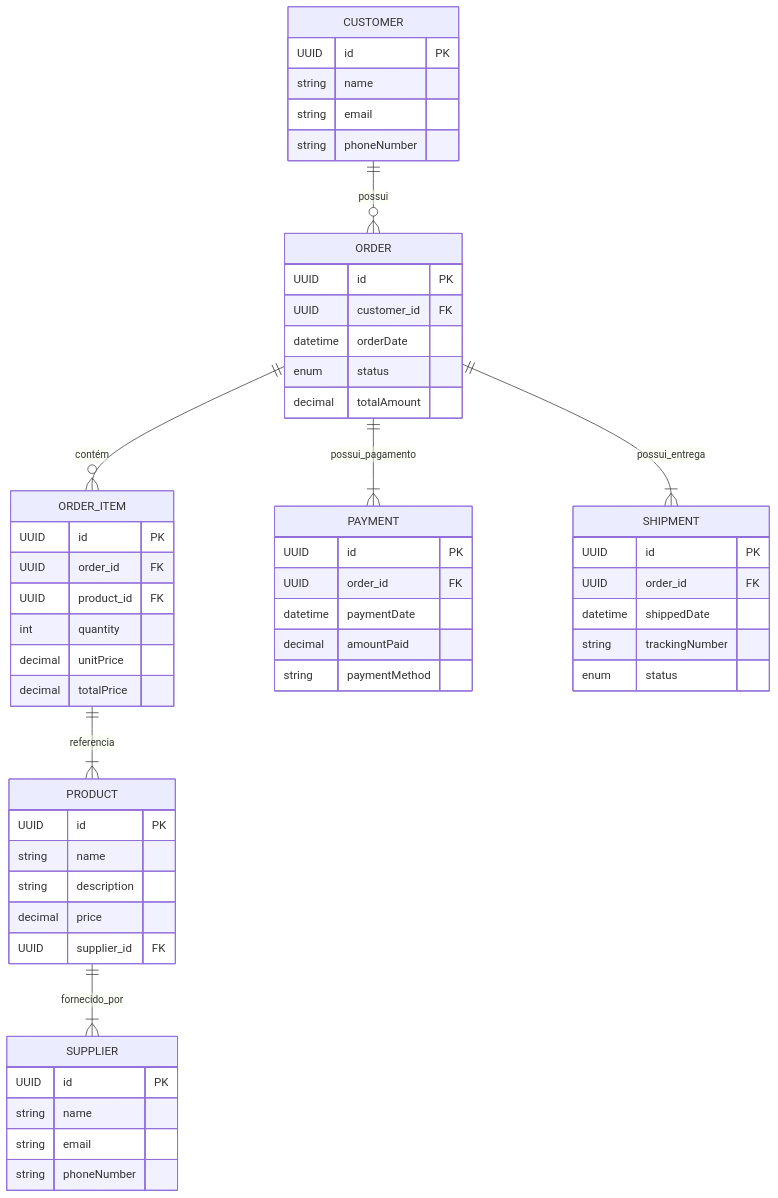
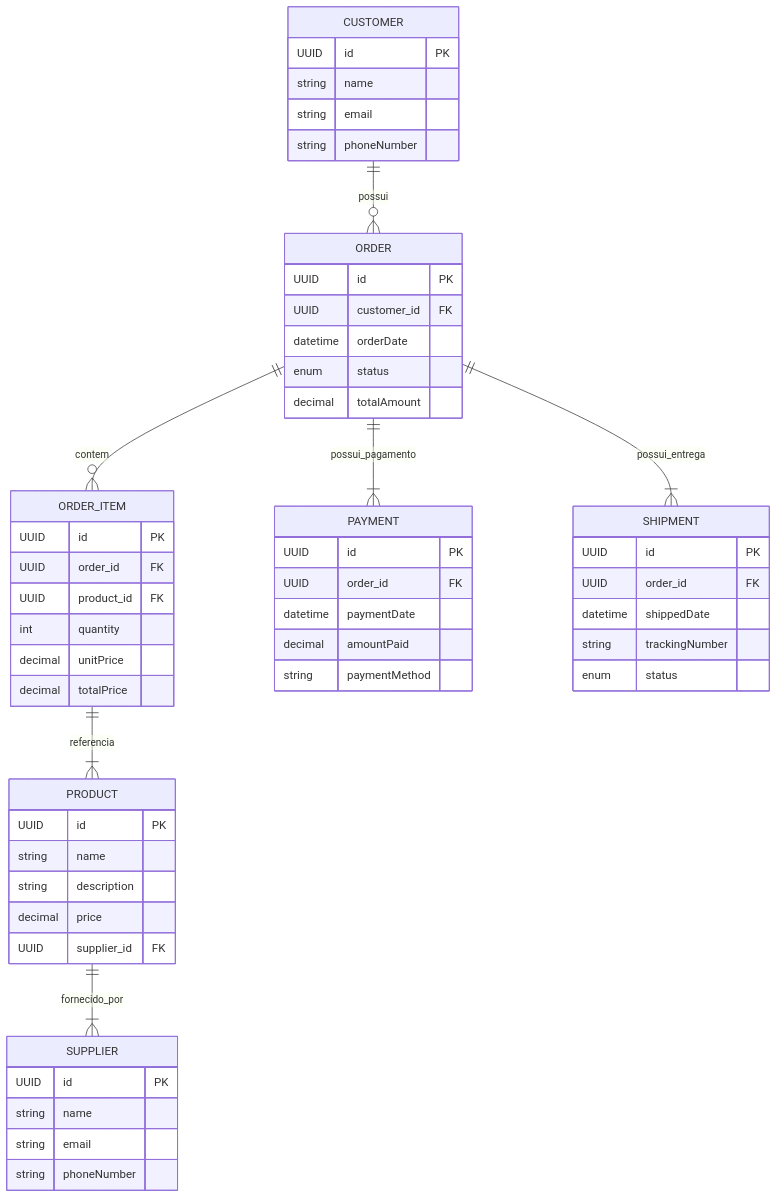
Before and after one commit to guimaraes/ordermanager: the diagram in README.md, drawn with Mermaid.

Commit message:
Ajuste no README.md

````diff
--- a/README.md
+++ b/README.md
@@ -133,58 +133,58 @@
 ```mermaid
 erDiagram
     CUSTOMER ||--o{ ORDER : possui
-    ORDER ||--o{ ORDER_ITEM : contém
+    ORDER ||--o{ ORDER_ITEM : contem
     ORDER_ITEM ||--|{ PRODUCT : referencia
     PRODUCT ||--|{ SUPPLIER : fornecido_por
     ORDER ||--|{ PAYMENT : possui_pagamento
     ORDER ||--|{ SHIPMENT : possui_entrega
 
     CUSTOMER {
         UUID id PK
         string name
         string email
         string phoneNumber
     }
     ORDER {
         UUID id PK
         UUID customer_id FK
         datetime orderDate
         enum status
         decimal totalAmount
     }
     ORDER_ITEM {
         UUID id PK
         UUID order_id FK
         UUID product_id FK
         int quantity
         decimal unitPrice
         decimal totalPrice
     }
     PRODUCT {
         UUID id PK
         string name
         string description
         decimal price
         UUID supplier_id FK
     }
     SUPPLIER {
         UUID id PK
         string name
         string email
         string phoneNumber
     }
     SHIPMENT {
         UUID id PK
         UUID order_id FK
         datetime shippedDate
         string trackingNumber
         enum status
     }
     PAYMENT {
         UUID id PK
         UUID order_id FK
         datetime paymentDate
         decimal amountPaid
         string paymentMethod
     }
 ```
````
